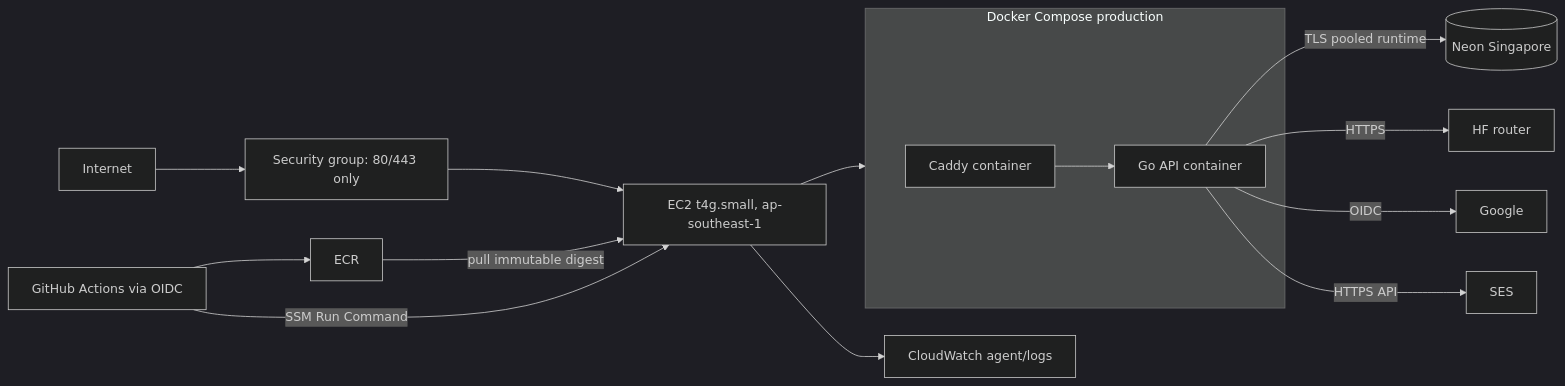
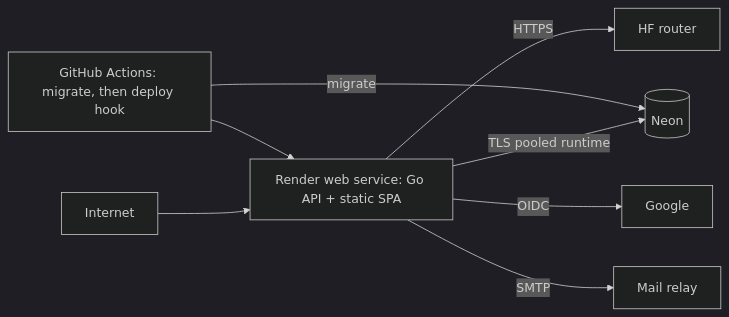
Before and after one commit to mddanish004/Quizmaster: the second of 4 diagrams in docs/SYSTEM_ARCHITECTURE.md, drawn with Mermaid (dark theme). The commit also changed other lines of this file and 44 other files, not shown here.

Commit message:
Render single-service production: retire AWS (Stage 6, ADR-016)

````diff
--- a/docs/SYSTEM_ARCHITECTURE.md
+++ b/docs/SYSTEM_ARCHITECTURE.md
@@ -45,19 +40,10 @@
 ```mermaid
 flowchart LR
-  Internet --> SG[Security group: 80/443 only]
-  SG --> EC2[EC2 t4g.small, ap-southeast-1]
-  subgraph EC2Host[Docker Compose production]
-    Caddy[Caddy container]
-    Backend[Go API container]
-    Caddy --> Backend
-  end
-  EC2 --> EC2Host
-  Backend -->|TLS pooled runtime| Neon[(Neon Singapore)]
-  Backend -->|HTTPS| HF[HF router]
-  Backend -->|OIDC| Google[Google]
-  Backend -->|HTTPS API| SES[SES]
-  EC2 --> Logs[CloudWatch agent/logs]
-  ECR[ECR] -->|pull immutable digest| EC2
-  GHA[GitHub Actions via OIDC] --> ECR
-  GHA -->|SSM Run Command| EC2
+  Internet --> Render[Render web service: Go API + static SPA]
+  Render -->|TLS pooled runtime| Neon[(Neon)]
+  Render -->|HTTPS| HF[HF router]
+  Render -->|OIDC| Google[Google]
+  Render -->|SMTP| SMTP[Mail relay]
+  GHA[GitHub Actions: migrate, then deploy hook] --> Render
+  GHA -->|migrate| Neon
 ```
````
